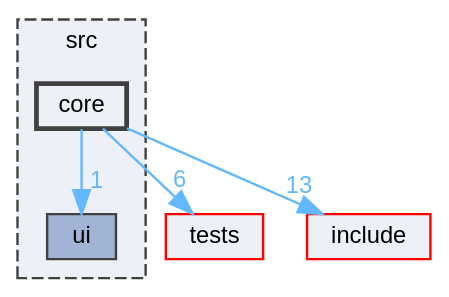
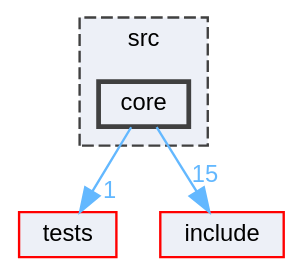
The diagram in wiki/api/dir_aebb8dcc11953d78e620bbef0b9e2183_dep.dot (ersascape/ErsaWearableOS), drawn with Graphviz before and after one commit. The commit also changed 618 other files, not shown here.

```diff
--- a/wiki/api/dir_aebb8dcc11953d78e620bbef0b9e2183_dep.dot
+++ b/wiki/api/dir_aebb8dcc11953d78e620bbef0b9e2183_dep.dot
@@ -1,18 +1,16 @@
 digraph "src/core"
 {
  // LATEX_PDF_SIZE
   bgcolor="transparent";
   edge [fontname=Helvetica,fontsize=10,labelfontname=Helvetica,labelfontsize=10];
   node [fontname=Helvetica,fontsize=10,shape=box,height=0.2,width=0.4];
   compound=true
   subgraph clusterdir_68267d1309a1af8e8297ef4c3efbcdba {
     graph [ bgcolor="#edf0f7", pencolor="grey25", label="src", fontname=Helvetica,fontsize=10 style="filled,dashed", URL="dir_68267d1309a1af8e8297ef4c3efbcdba.html",tooltip=""]
-  dir_da5c6b39c0a2f54e57df6799511cd3ab [label="ui", fillcolor="#a2b4d6", color="grey25", style="filled", URL="dir_da5c6b39c0a2f54e57df6799511cd3ab.html",tooltip=""];
   dir_aebb8dcc11953d78e620bbef0b9e2183 [label="core", fillcolor="#edf0f7", color="grey25", style="filled,bold", URL="dir_aebb8dcc11953d78e620bbef0b9e2183.html",tooltip=""];
   }
   dir_59425e443f801f1f2fd8bbe4959a3ccf [label="tests", fillcolor="#edf0f7", color="red", style="filled", URL="dir_59425e443f801f1f2fd8bbe4959a3ccf.html",tooltip=""];
   dir_d44c64559bbebec7f509842c48db8b23 [label="include", fillcolor="#edf0f7", color="red", style="filled", URL="dir_d44c64559bbebec7f509842c48db8b23.html",tooltip=""];
-  dir_aebb8dcc11953d78e620bbef0b9e2183->dir_59425e443f801f1f2fd8bbe4959a3ccf [headlabel="6", labeldistance=1.5 headhref="dir_000008_000028.html" href="dir_000008_000028.html" color="steelblue1" fontcolor="steelblue1"];
-  dir_aebb8dcc11953d78e620bbef0b9e2183->dir_d44c64559bbebec7f509842c48db8b23 [headlabel="13", labeldistance=1.5 headhref="dir_000008_000021.html" href="dir_000008_000021.html" color="steelblue1" fontcolor="steelblue1"];
-  dir_aebb8dcc11953d78e620bbef0b9e2183->dir_da5c6b39c0a2f54e57df6799511cd3ab [headlabel="1", labeldistance=1.5 headhref="dir_000008_000030.html" href="dir_000008_000030.html" color="steelblue1" fontcolor="steelblue1"];
+  dir_aebb8dcc11953d78e620bbef0b9e2183->dir_59425e443f801f1f2fd8bbe4959a3ccf [headlabel="1", labeldistance=1.5 headhref="dir_000008_000029.html" href="dir_000008_000029.html" color="steelblue1" fontcolor="steelblue1"];
+  dir_aebb8dcc11953d78e620bbef0b9e2183->dir_d44c64559bbebec7f509842c48db8b23 [headlabel="15", labeldistance=1.5 headhref="dir_000008_000021.html" href="dir_000008_000021.html" color="steelblue1" fontcolor="steelblue1"];
 }
```
